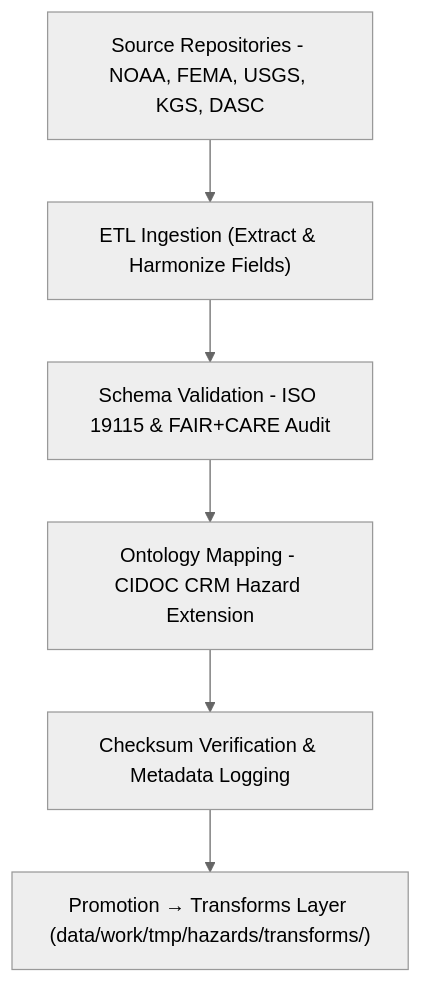
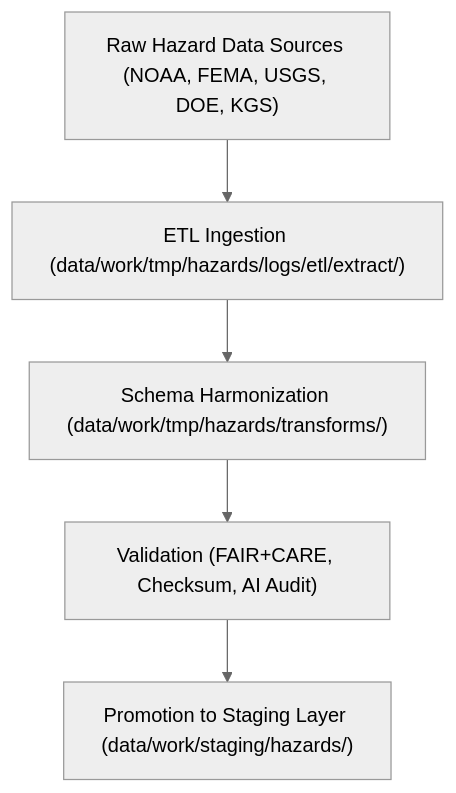
One commit to bartytime4life/Kansas-Frontier-Matrix changed the diagram in data/work/tmp/hazards/datasets/README.md. Above: the diagram before and after it, drawn with Mermaid (neutral theme). The commit also changed other lines of this file, not shown here.

````diff
--- a/data/work/tmp/hazards/datasets/README.md
+++ b/data/work/tmp/hazards/datasets/README.md
@@ -85,8 +85,7 @@
 ```mermaid
 flowchart TD
-    A["Source Repositories - NOAA, FEMA, USGS, KGS, DASC"] --> B["ETL Ingestion (Extract & Harmonize Fields)"]
-    B --> C["Schema Validation - ISO 19115 & FAIR+CARE Audit"]
-    C --> D["Ontology Mapping - CIDOC CRM Hazard Extension"]
-    D --> E["Checksum Verification & Metadata Logging"]
-    E --> F["Promotion → Transforms Layer (data/work/tmp/hazards/transforms/)"]
+    A["Raw Hazard Data Sources (NOAA, FEMA, USGS, DOE, KGS)"] --> B["ETL Ingestion (data/work/tmp/hazards/logs/etl/extract/)"]
+    B --> C["Schema Harmonization (data/work/tmp/hazards/transforms/)"]
+    C --> D["Validation (FAIR+CARE, Checksum, AI Audit)"]
+    D --> E["Promotion to Staging Layer (data/work/staging/hazards/)"]
 ```
````
